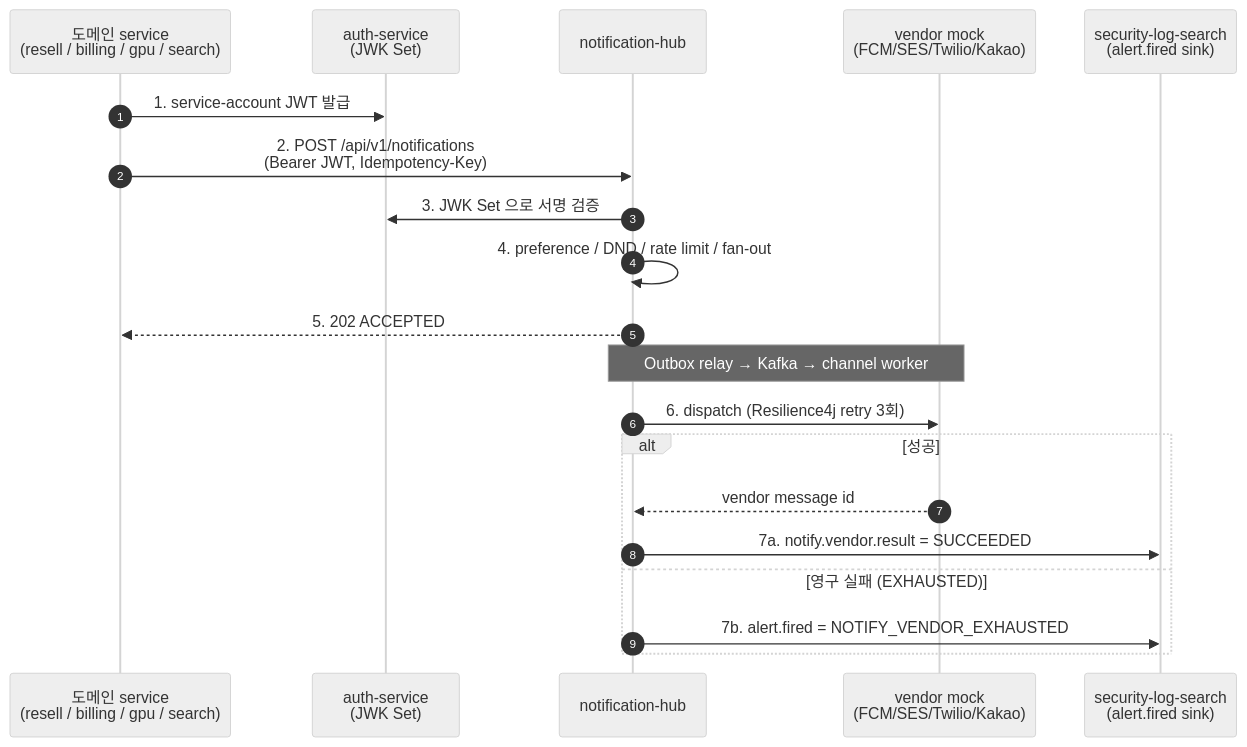
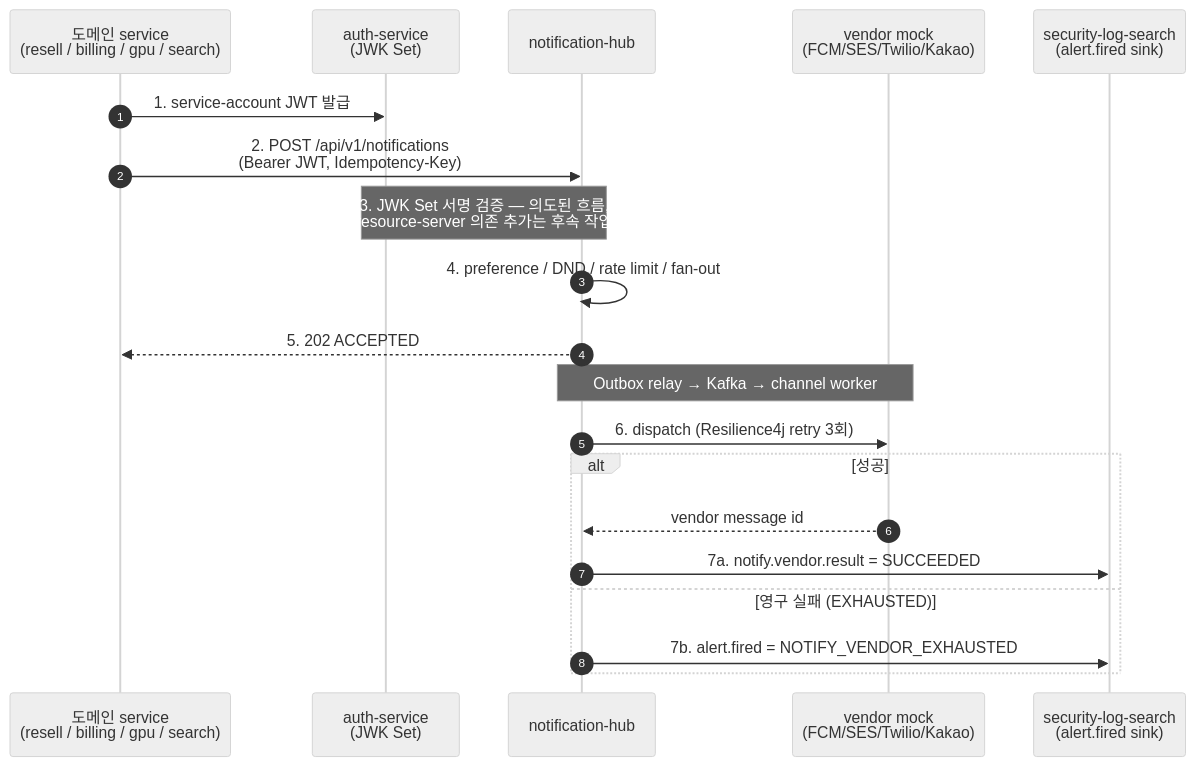
The third of 3 diagrams in README.md (ssa1004/notification-hub), drawn with Mermaid (neutral theme) before and after one commit. The commit also changed other lines of this file and 12 other files, not shown here.

````diff
--- a/README.md
+++ b/README.md
@@ -337,23 +337,23 @@
 ```mermaid
 sequenceDiagram
     autonumber
     participant Domain as 도메인 service<br/>(resell / billing / gpu / search)
     participant Auth as auth-service<br/>(JWK Set)
     participant Hub as notification-hub
     participant Vendor as vendor mock<br/>(FCM/SES/Twilio/Kakao)
     participant Sink as security-log-search<br/>(alert.fired sink)
 
     Domain->>Auth: 1. service-account JWT 발급
     Domain->>Hub: 2. POST /api/v1/notifications<br/>(Bearer JWT, Idempotency-Key)
-    Hub->>Auth: 3. JWK Set 으로 서명 검증
+    Note over Hub,Auth: 3. JWK Set 서명 검증 — 의도된 흐름,<br/>resource-server 의존 추가는 후속 작업
     Hub->>Hub: 4. preference / DND / rate limit / fan-out
     Hub-->>Domain: 5. 202 ACCEPTED
     Note over Hub,Vendor: Outbox relay → Kafka → channel worker
     Hub->>Vendor: 6. dispatch (Resilience4j retry 3회)
     alt 성공
         Vendor-->>Hub: vendor message id
         Hub->>Sink: 7a. notify.vendor.result = SUCCEEDED
     else 영구 실패 (EXHAUSTED)
         Hub->>Sink: 7b. alert.fired = NOTIFY_VENDOR_EXHAUSTED
     end
 ```
````
